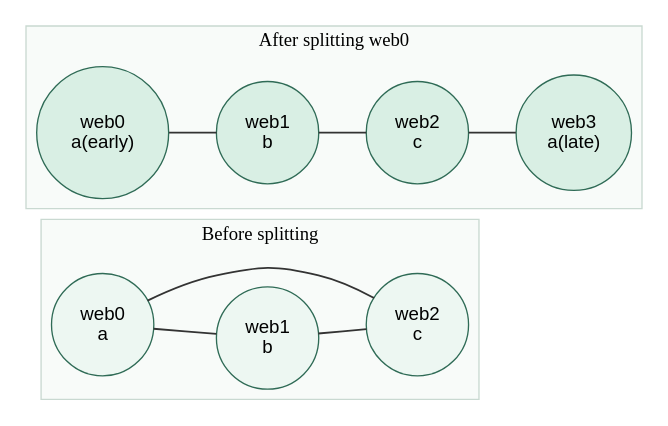
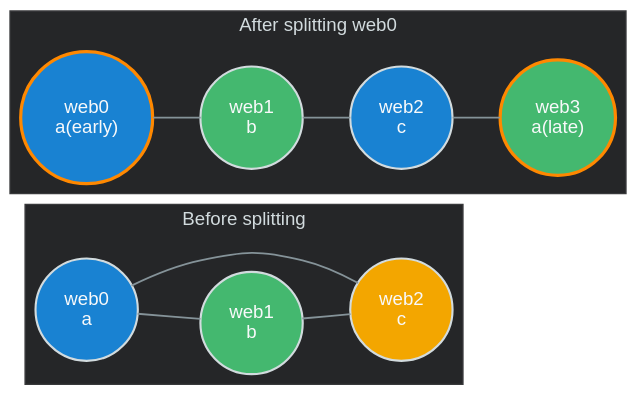
The diagram in dox/example_splitting.dot (AlexDTT/CompilerRegisterAllocationProject), drawn with Graphviz before and after one commit. The commit also changed 132 other files, not shown here.

```diff
--- a/dox/example_splitting.dot
+++ b/dox/example_splitting.dot
@@ -1,36 +1,40 @@
 graph splitting_example {
     rankdir=LR;
-    node [shape=circle, style=filled, fontname="Helvetica"];
-    edge [color="#333333", penwidth=1.4];
+    bgcolor="transparent";
+    graph [fontname="Helvetica", fontcolor="#d2dbde"];
+    node [shape=circle, style=filled, fontname="Helvetica", fontcolor="#f8f9fa", color="#d2dbde", penwidth=1.6];
+    edge [color="#859399", penwidth=1.4];
 
     subgraph cluster_before {
         label="Before splitting";
-        color="#c9d9d1";
-        fillcolor="#f8fbf9";
+        fontcolor="#d2dbde";
+        color="#38393b";
+        fillcolor="#252628";
         style=filled;
 
-        a0 [label="web0\na", fillcolor="#edf7f2", color="#2f6b56"];
-        b0 [label="web1\nb", fillcolor="#edf7f2", color="#2f6b56"];
-        c0 [label="web2\nc", fillcolor="#edf7f2", color="#2f6b56"];
+        a0 [label="web0\na", fillcolor="#1982d2"];
+        b0 [label="web1\nb", fillcolor="#44b86f"];
+        c0 [label="web2\nc", fillcolor="#f3a600"];
 
         a0 -- b0;
         b0 -- c0;
         c0 -- a0;
     }
 
     subgraph cluster_after {
         label="After splitting web0";
-        color="#c9d9d1";
-        fillcolor="#f8fbf9";
+        fontcolor="#d2dbde";
+        color="#38393b";
+        fillcolor="#252628";
         style=filled;
 
-        a1 [label="web0\na(early)", fillcolor="#d9efe4", color="#2f6b56"];
-        b1 [label="web1\nb", fillcolor="#d9efe4", color="#2f6b56"];
-        c1 [label="web2\nc", fillcolor="#d9efe4", color="#2f6b56"];
-        a2 [label="web3\na(late)", fillcolor="#d9efe4", color="#2f6b56"];
+        a1 [label="web0\na(early)", fillcolor="#1982d2", color="#ff8800", penwidth=2.4];
+        b1 [label="web1\nb", fillcolor="#44b86f"];
+        c1 [label="web2\nc", fillcolor="#1982d2"];
+        a2 [label="web3\na(late)", fillcolor="#44b86f", color="#ff8800", penwidth=2.4];
 
         a1 -- b1;
         b1 -- c1;
         c1 -- a2;
     }
 }
```
